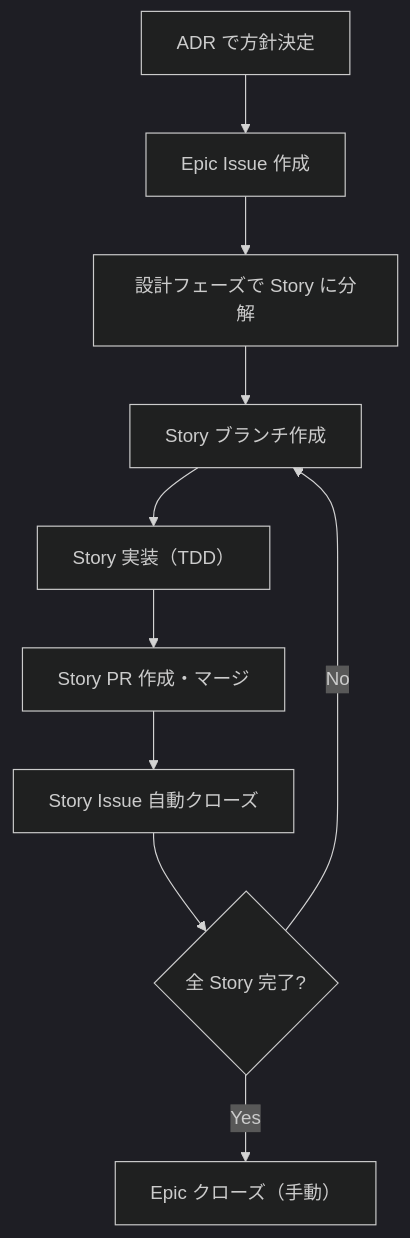
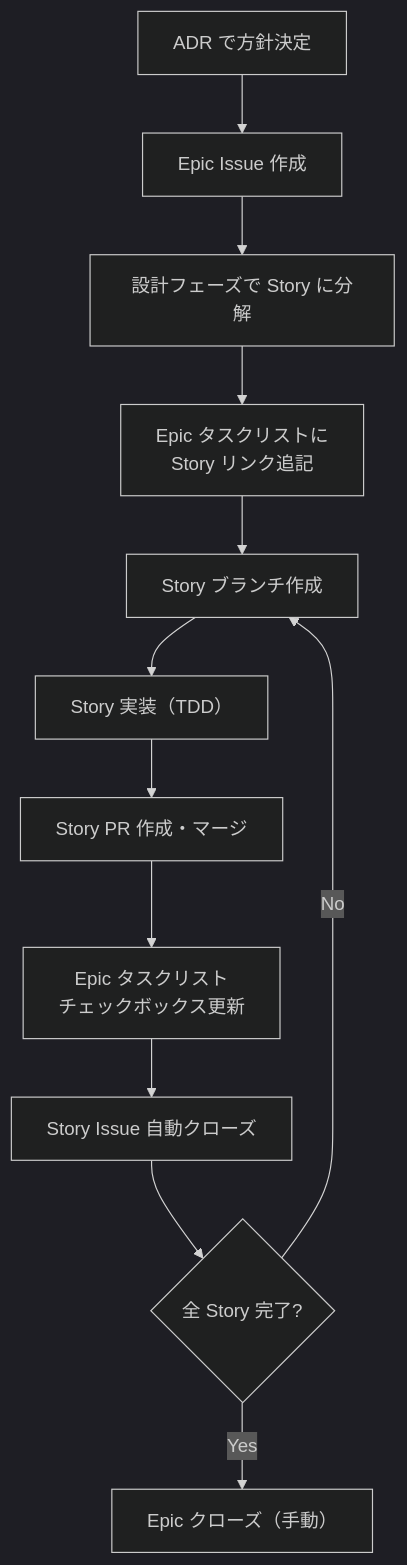
The third of 3 diagrams in docs/04_手順書/04_開発フロー/01_Issue駆動開発.md (ka2kama/ringiflow), drawn with Mermaid (dark theme) before and after one commit. The commit also changed other lines of this file and 2 other files, not shown here.

First line of the commit message:
#524 Add Epic task list management steps to procedure manual (#603)

````diff
--- a/docs/04_手順書/04_開発フロー/01_Issue駆動開発.md
+++ b/docs/04_手順書/04_開発フロー/01_Issue駆動開発.md
@@ -785,12 +785,14 @@
 ```mermaid
 flowchart TB
     A["ADR で方針決定"] --> B["Epic Issue 作成"]
     B --> C["設計フェーズで Story に分解"]
-    C --> D["Story ブランチ作成"]
+    C --> C2["Epic タスクリストに<br/>Story リンク追記"]
+    C2 --> D["Story ブランチ作成"]
     D --> E["Story 実装（TDD）"]
     E --> F["Story PR 作成・マージ"]
-    F --> G["Story Issue 自動クローズ"]
+    F --> F2["Epic タスクリスト<br/>チェックボックス更新"]
+    F2 --> G["Story Issue 自動クローズ"]
     G --> H{"全 Story 完了?"}
     H -->|No| D
     H -->|Yes| I["Epic クローズ（手動）"]
 ```
````
